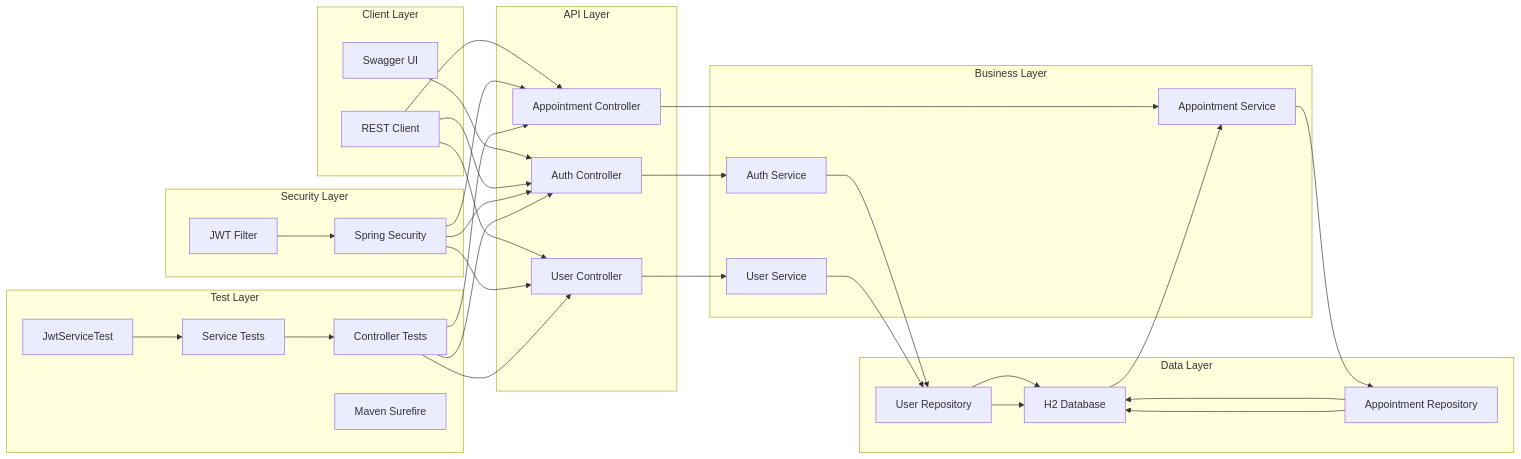
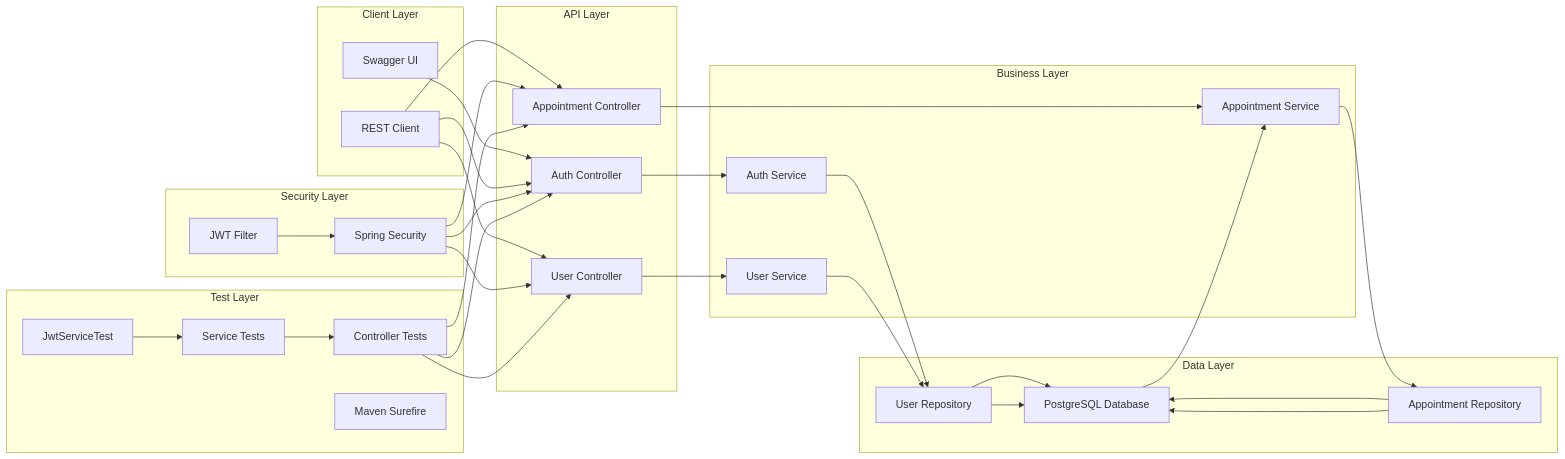
One commit to alper-aydogan/e-randevu changed the second of 2 diagrams in README.md. Above: the diagram before and after it, drawn with Mermaid. The commit also changed other lines of this file and 12 other files, not shown here.

First line of the commit message:
🚀 Kurumsal PostgreSQL + Redis + Docker Entegrasyonu

````diff
--- a/README.md
+++ b/README.md
@@ -96,68 +98,68 @@
 ```mermaid
 graph LR
     subgraph "Client Layer"
         A[Swagger UI]
         B[REST Client]
     end
     
     subgraph "API Layer"
         C[Auth Controller]
         D[User Controller]
         E[Appointment Controller]
     end
     
     subgraph "Business Layer"
         F[Auth Service]
         G[User Service]
         H[Appointment Service]
     end
     
     subgraph "Data Layer"
         I[User Repository]
         J[Appointment Repository]
-        K[H2 Database]
+        K[PostgreSQL Database]
     end
     
     subgraph "Security Layer"
         L[JWT Filter]
         M[Spring Security]
     end
     
     subgraph "Test Layer"
         N[JwtServiceTest]
         O[Service Tests]
         P[Controller Tests]
         Q[Maven Surefire]
     end
     
     A --> C
     B --> C
     B --> D
     B --> E
     
     C --> F
     D --> G
     E --> H
     
     F --> I
     G --> I
     H --> J
     
     I --> K
     J --> K
     
     L --> M
     M --> C
     M --> D
     M --> E
     
     N --> O
     O --> P
     P --> C
     P --> D
     P --> E
     
     I --> K
     J --> K
     K --> H
 ```
````
